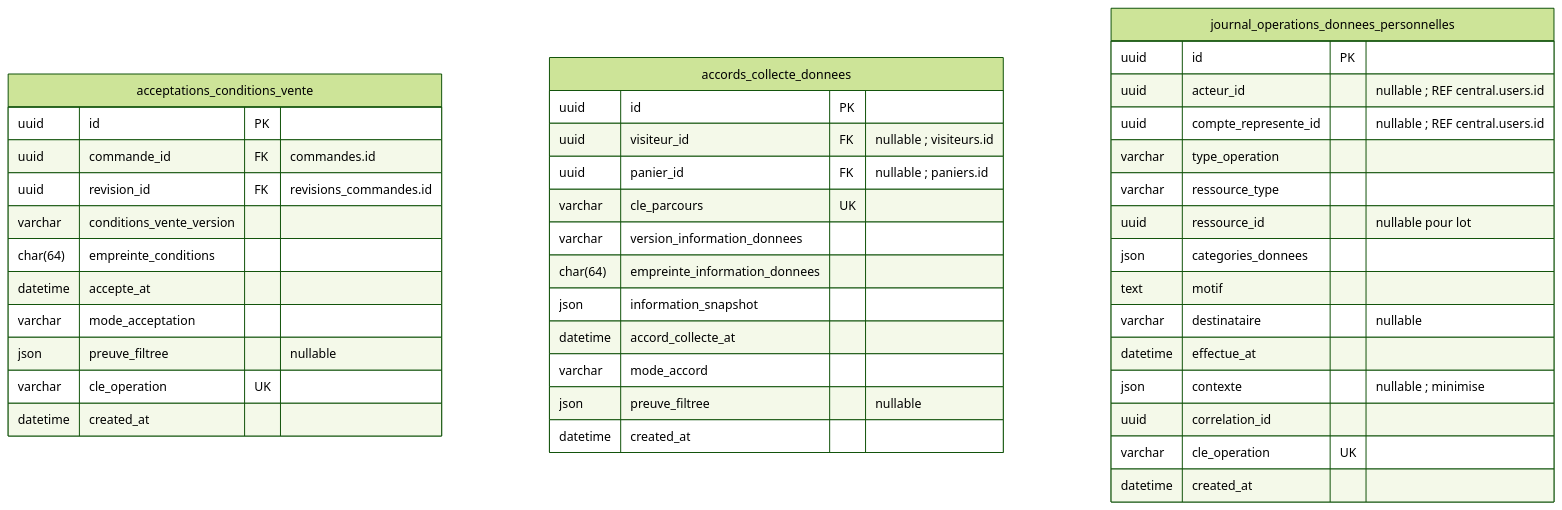
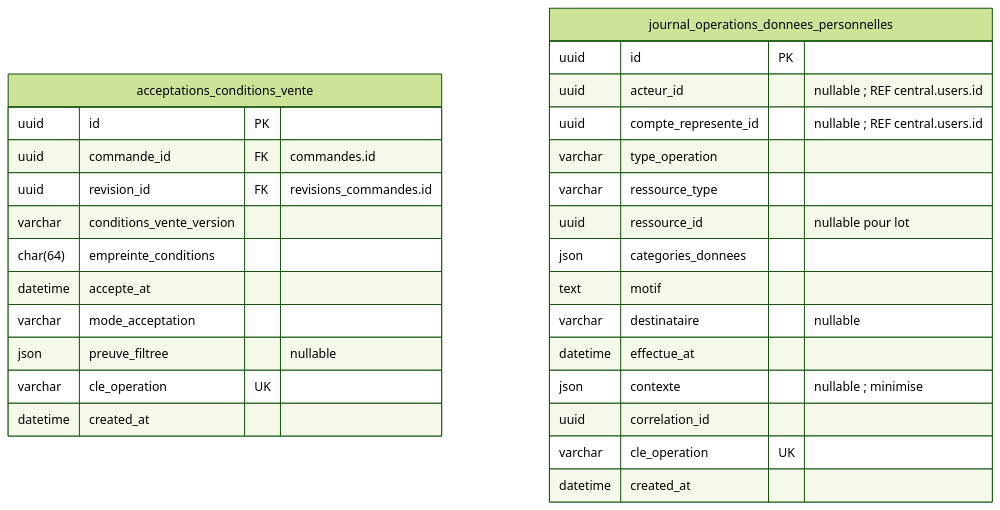
One commit to unitealfa/saas-ecom changed diagram 35 of 37 in Schema-BDD-SaaS-Ecommerce-UUID.md. Above: the diagram before and after it, drawn with Mermaid (forest theme). The commit also changed other lines of this file, not shown here.

````diff
--- a/Schema-BDD-SaaS-Ecommerce-UUID.md
+++ b/Schema-BDD-SaaS-Ecommerce-UUID.md
@@ -2599,45 +2601,32 @@
 ```mermaid
 erDiagram
     direction TB
     acceptations_conditions_vente {
         uuid id PK
         uuid commande_id FK "commandes.id"
         uuid revision_id FK "revisions_commandes.id"
         varchar conditions_vente_version
         char(64) empreinte_conditions
         datetime accepte_at
         varchar mode_acceptation
         json preuve_filtree "nullable"
         varchar cle_operation UK
-        datetime created_at
-    }
-    accords_collecte_donnees {
-        uuid id PK
-        uuid visiteur_id FK "nullable ; visiteurs.id"
-        uuid panier_id FK "nullable ; paniers.id"
-        varchar cle_parcours UK
-        varchar version_information_donnees
-        char(64) empreinte_information_donnees
-        json information_snapshot
-        datetime accord_collecte_at
-        varchar mode_accord
-        json preuve_filtree "nullable"
         datetime created_at
     }
     journal_operations_donnees_personnelles {
         uuid id PK
         uuid acteur_id "nullable ; REF central.users.id"
         uuid compte_represente_id "nullable ; REF central.users.id"
         varchar type_operation
         varchar ressource_type
         uuid ressource_id "nullable pour lot"
         json categories_donnees
         text motif
         varchar destinataire "nullable"
         datetime effectue_at
         json contexte "nullable ; minimise"
         uuid correlation_id
         varchar cle_operation UK
         datetime created_at
     }
 ```
````
